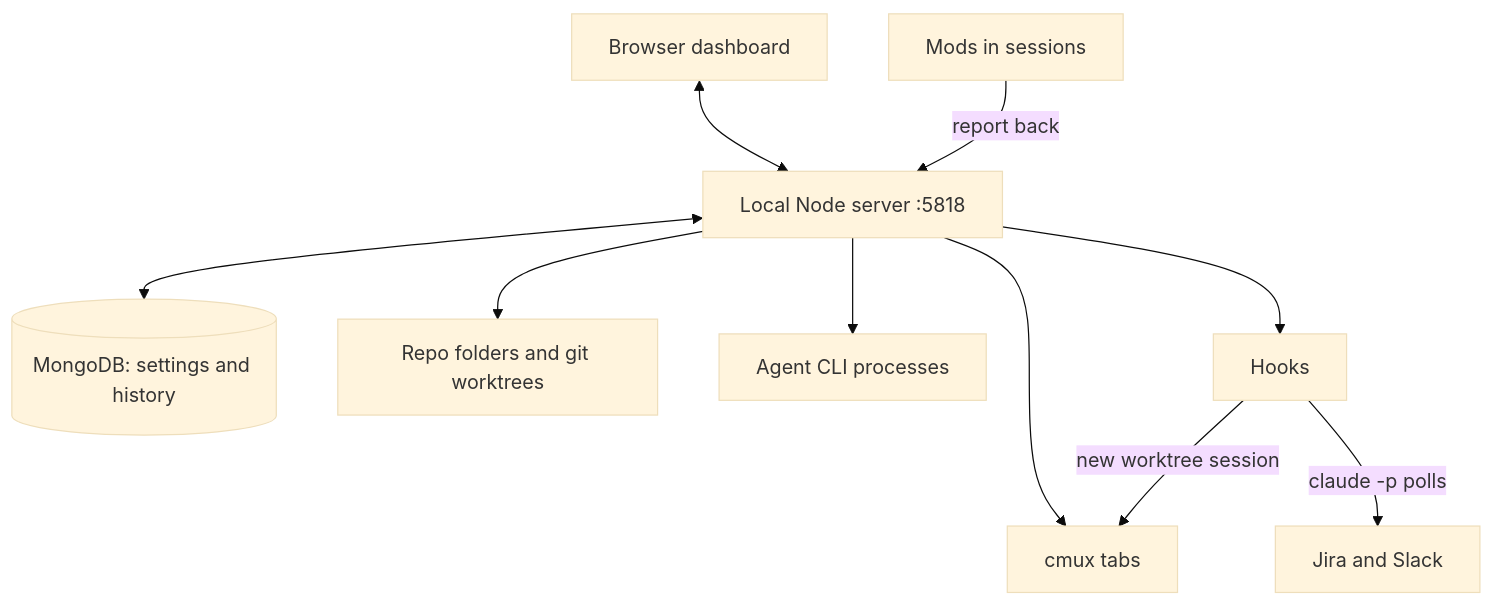
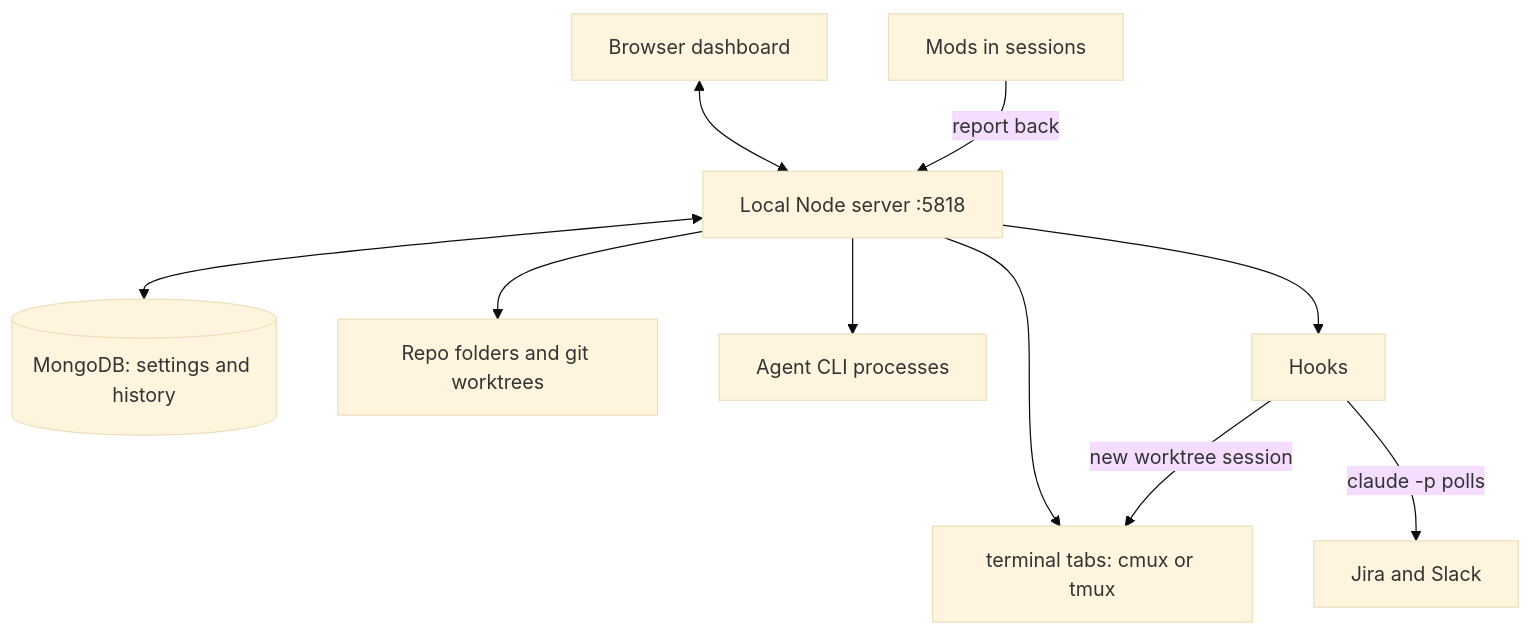
One commit to snj-adhikari/agent-dashboard changed the first of 3 diagrams in README.md. Above: the diagram before and after it, drawn with Mermaid (base theme). The commit also changed other lines of this file and 22 other files, not shown here.

Commit message:
[TECH] Run without cmux via tmux or Terminal.app

````diff
--- a/README.md
+++ b/README.md
@@ -9,12 +9,12 @@
 ```mermaid
 flowchart TD
   B[Browser dashboard] <--> S[Local Node server :5818]
   S <--> M[(MongoDB: settings and history)]
   S --> R[Repo folders and git worktrees]
-  S --> T[cmux tabs]
+  S --> T["terminal tabs: cmux or tmux"]
   S --> A[Agent CLI processes]
   S --> H[Hooks]
   H -->|claude -p polls| J[Jira and Slack]
   H -->|new worktree session| T
   O[Mods in sessions] -->|report back| S
 ```
````
